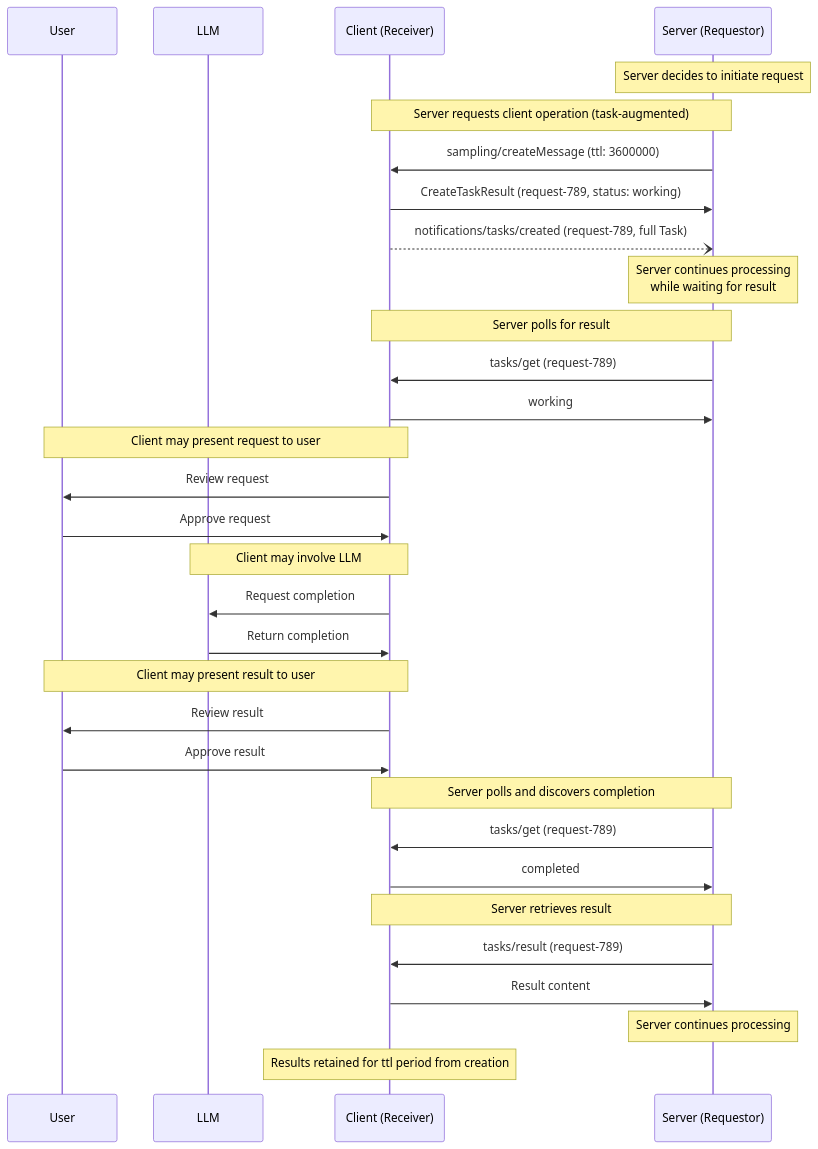
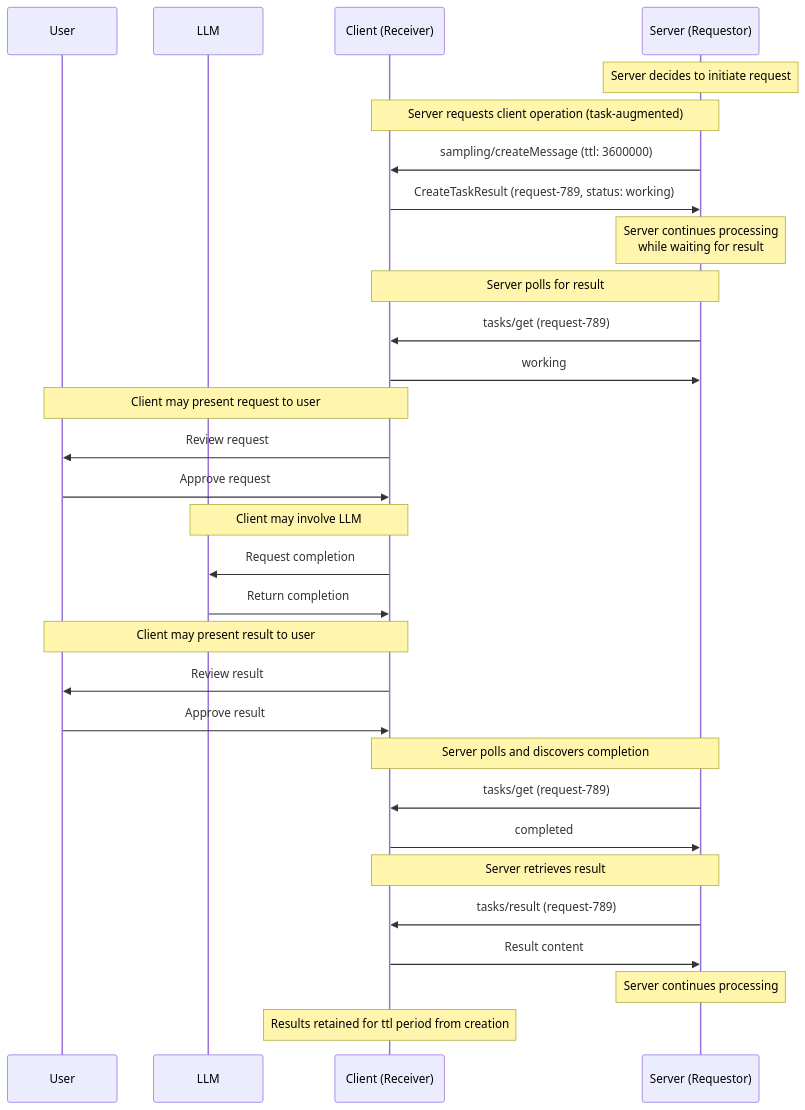
One commit to scottslewis/modelcontextprotocol changed the fourth of 5 diagrams in docs/specification/draft/basic/utilities/tasks.mdx. Above: the diagram before and after it, drawn with Mermaid. The commit also changed other lines of this file and 4 other files, not shown here.

First line of the commit message:
Remove notifications/tasks/created

````diff
--- a/docs/specification/draft/basic/utilities/tasks.mdx
+++ b/docs/specification/draft/basic/utilities/tasks.mdx
@@ -570,44 +532,43 @@
 ```mermaid
 sequenceDiagram
     participant U as User
     participant LLM
     participant C as Client (Receiver)
     participant S as Server (Requestor)
 
     Note over S: Server decides to initiate request
 
     Note over S,C: Server requests client operation (task-augmented)
     S->>C: sampling/createMessage (ttl: 3600000)
     C->>S: CreateTaskResult (request-789, status: working)
-    C--)S: notifications/tasks/created (request-789, full Task)
 
     Note over S: Server continues processing<br/>while waiting for result
 
     Note over S,C: Server polls for result
     S->>C: tasks/get (request-789)
     C->>S: working
 
     Note over C,U: Client may present request to user
     C->>U: Review request
     U->>C: Approve request
 
     Note over C,LLM: Client may involve LLM
     C->>LLM: Request completion
     LLM->>C: Return completion
 
     Note over C,U: Client may present result to user
     C->>U: Review result
     U->>C: Approve result
 
     Note over S,C: Server polls and discovers completion
     S->>C: tasks/get (request-789)
     C->>S: completed
 
     Note over S,C: Server retrieves result
     S->>C: tasks/result (request-789)
     C->>S: Result content
 
     Note over S: Server continues processing
 
     Note over C: Results retained for ttl period from creation
 ```
````
